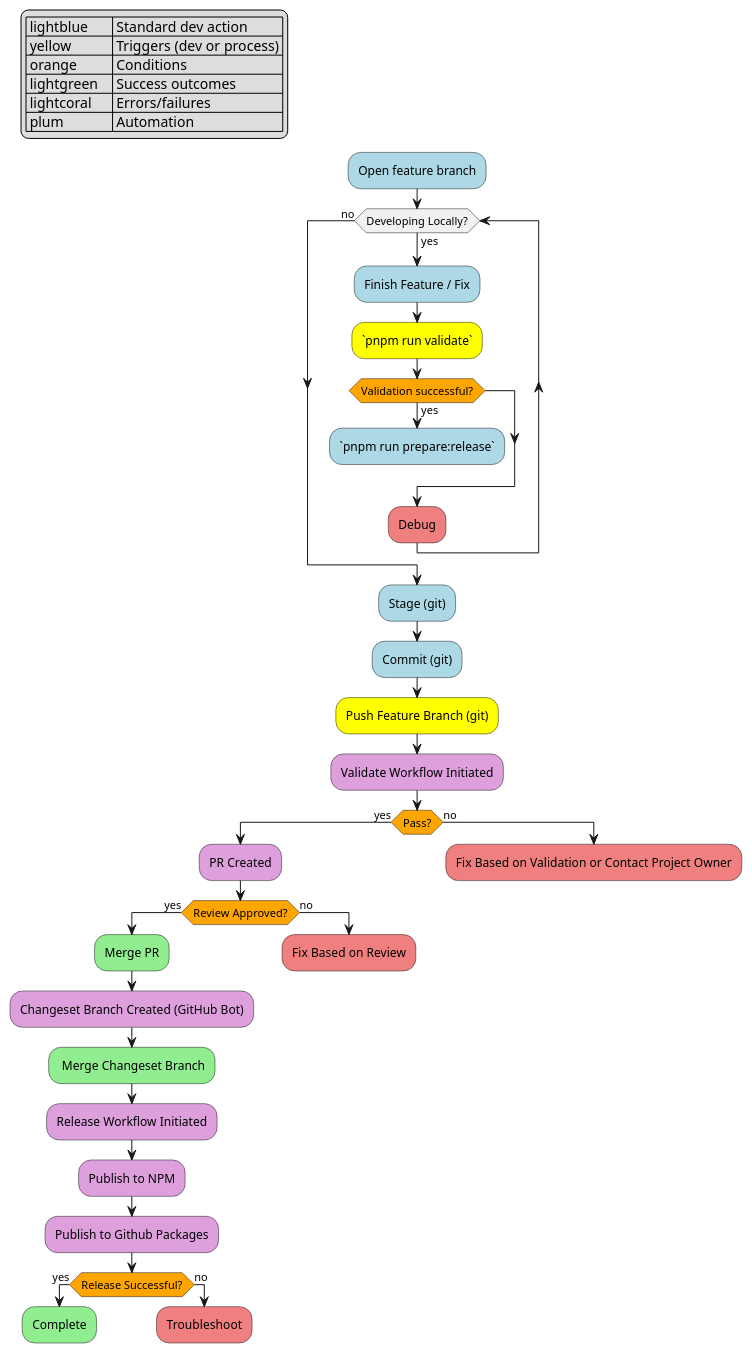
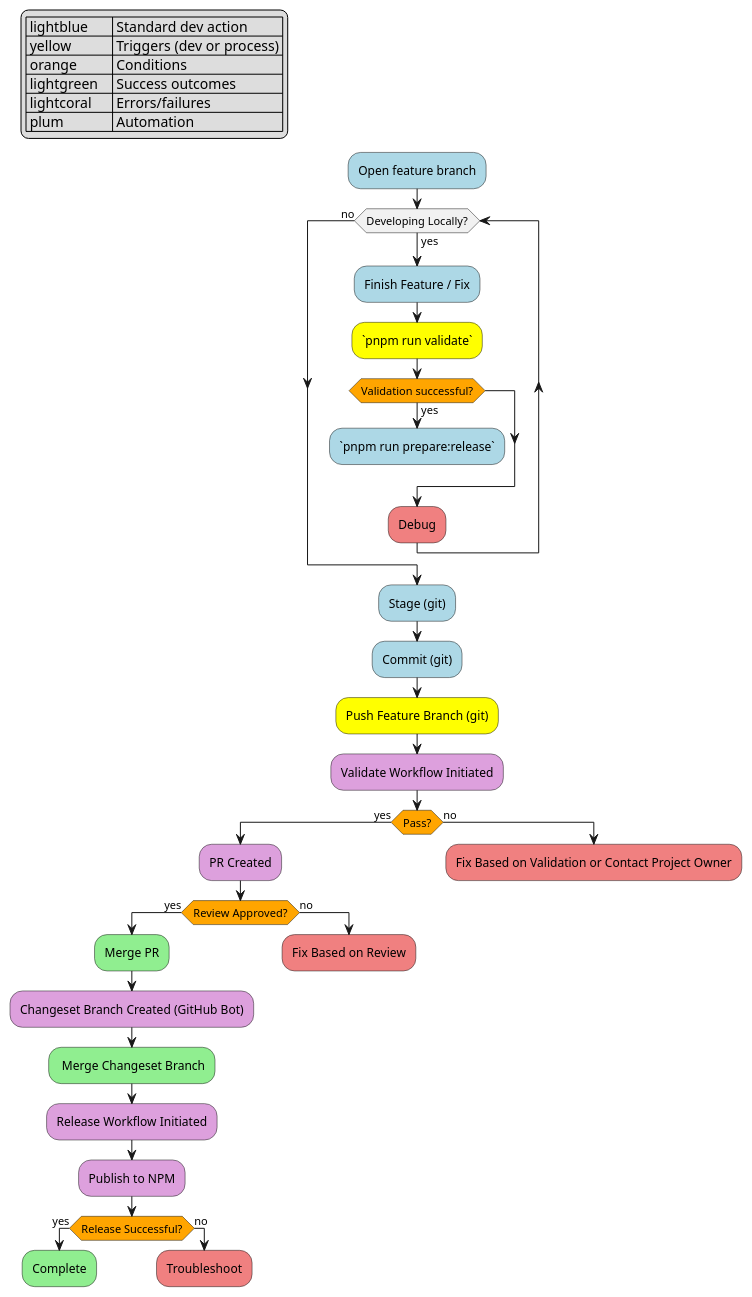
Before and after one commit to toolbox-ts/toolbox-ts: the diagram in docs/workflow.puml, drawn with PlantUML. The commit also changed 2 other files, not shown here.

```diff
--- a/docs/workflow.puml
+++ b/docs/workflow.puml
@@ -1,49 +1,48 @@
 @startuml Development Workflow
 
 legend top left
 | lightblue     | Standard dev action       |
 | yellow        | Triggers (dev or process) |
 | orange        | Conditions                |
 | lightgreen    | Success outcomes          |
 | lightcoral    | Errors/failures           |
 | plum          | Automation                |
 end legend
 
 #lightblue:Open feature branch;
 while (Developing Locally?) is (yes)
   #lightblue:Finish Feature / Fix;
   #yellow:`pnpm run validate`;
   #orange:if (Validation successful?) then (yes)
     #lightblue:`pnpm run prepare:release`;
     kill;
   endif
     #lightcoral:Debug;
 endwhile (no) 
   #lightblue:Stage (git); 
   #lightblue:Commit (git);
   #yellow:Push Feature Branch (git);
   #plum:Validate Workflow Initiated;
     #orange:if (Pass?) then (yes)
       #plum:PR Created;
       #orange:if (Review Approved?) then (yes)
         #lightgreen:Merge PR;
         #plum:Changeset Branch Created (GitHub Bot);
         #lightgreen: Merge Changeset Branch;
         #plum:Release Workflow Initiated;
         #plum:Publish to NPM;
-        #plum:Publish to Github Packages;
         #orange:if (Release Successful?) then (yes)
         #lightgreen:Complete;
         else (no)
           #lightcoral:Troubleshoot;
         endif
       else (no)
         #lightcoral:Fix Based on Review;
       endif
     else (no)
       #lightcoral:Fix Based on Validation or Contact Project Owner;
     endif
       kill
 
 
 @enduml
```
